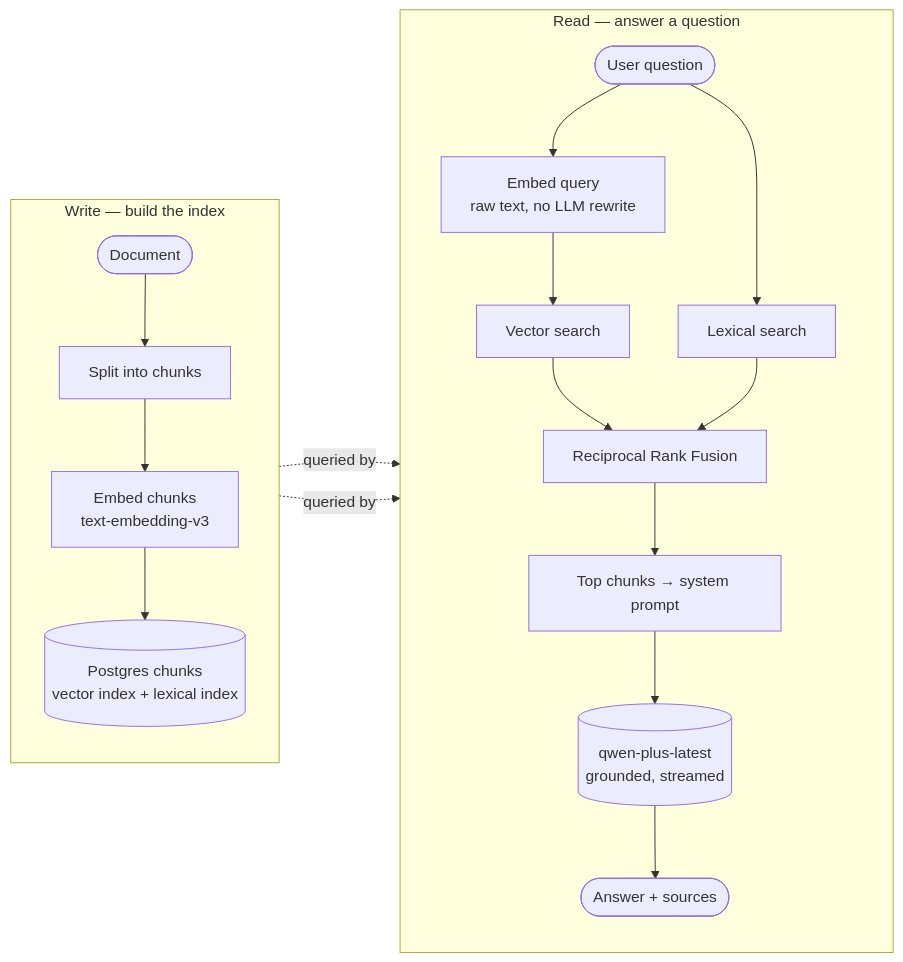
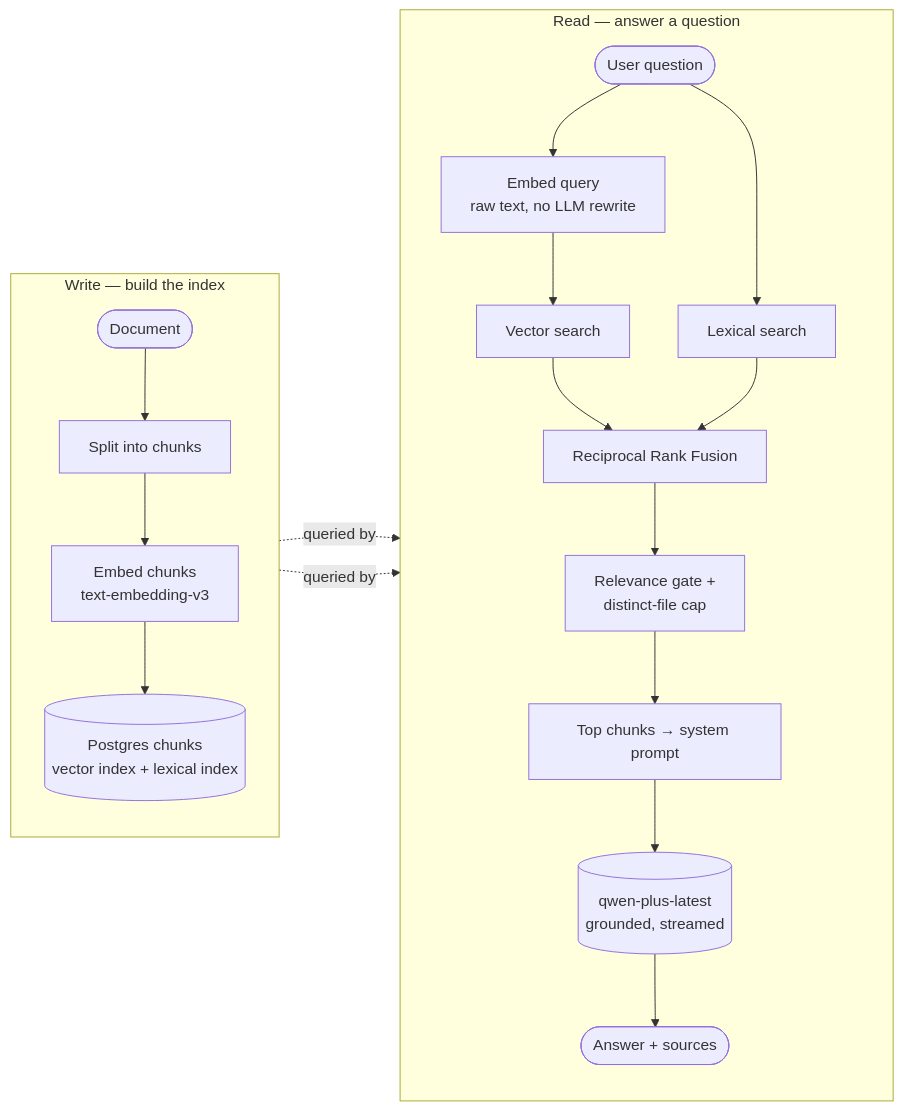
Before and after one commit to syahiidkamil/qwen-agent-rag-knowledgebase-chatbot: the second of 2 diagrams in docs/system-design/tech-stack.md, drawn with Mermaid. The commit also changed other lines of this file and 2 other files, not shown here.

````diff
--- a/docs/system-design/tech-stack.md
+++ b/docs/system-design/tech-stack.md
@@ -59,24 +61,25 @@
 ```mermaid
 flowchart LR
   subgraph WRITE[Write — build the index]
     direction TB
     DOC([Document]) --> CHUNK[Split into chunks]
     CHUNK --> EMB1[Embed chunks<br/>text-embedding-v3]
     EMB1 --> STORE[(Postgres chunks<br/>vector index + lexical index)]
   end
 
   subgraph READ[Read — answer a question]
     direction TB
     Q([User question]) --> EMB2[Embed query<br/>raw text, no LLM rewrite]
     EMB2 --> VEC[Vector search]
     Q --> LEX[Lexical search]
     VEC --> FUSE[Reciprocal Rank Fusion]
     LEX --> FUSE
-    FUSE --> CTX[Top chunks → system prompt]
+    FUSE --> GATE[Relevance gate +<br/>distinct-file cap]
+    GATE --> CTX[Top chunks → system prompt]
     CTX --> LLM[(qwen-plus-latest<br/>grounded, streamed)]
     LLM --> ANS([Answer + sources])
   end
 
   STORE -. queried by .-> VEC
   STORE -. queried by .-> LEX
 ```
````
